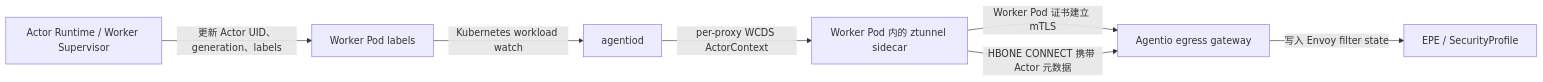
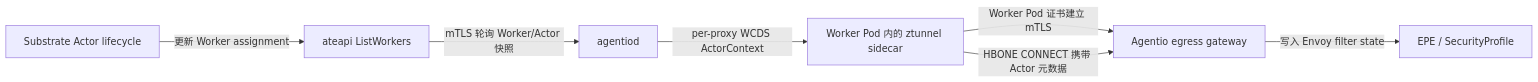
Before and after one commit to Kuromesi/agentio: the first of 2 diagrams in docs/integrations/actor-identity-worker-mtls-poc.zh-CN.md, drawn with Mermaid. The commit also changed other lines of this file and 1 other file, not shown here.

Commit message:
docs: record substrate listworkers poc

````diff
--- a/docs/integrations/actor-identity-worker-mtls-poc.zh-CN.md
+++ b/docs/integrations/actor-identity-worker-mtls-poc.zh-CN.md
@@ -32,16 +34,16 @@
 ```mermaid
 flowchart LR
-    A["Actor Runtime / Worker Supervisor"]
-    K["Worker Pod labels"]
+    A["Substrate Actor lifecycle"]
+    S["ateapi ListWorkers"]
     D["agentiod"]
     Z["Worker Pod 内的 ztunnel sidecar"]
     G["Agentio egress gateway"]
     E["EPE / SecurityProfile"]
 
-    A -->|"更新 Actor UID、generation、labels"| K
-    K -->|"Kubernetes workload watch"| D
+    A -->|"更新 Worker assignment"| S
+    S -->|"mTLS 轮询 Worker/Actor 快照"| D
     D -->|"per-proxy WCDS ActorContext"| Z
     Z -->|"Worker Pod 证书建立 mTLS"| G
     Z -->|"HBONE CONNECT 携带 Actor 元数据"| G
     G -->|"写入 Envoy filter state"| E
 ```
````
